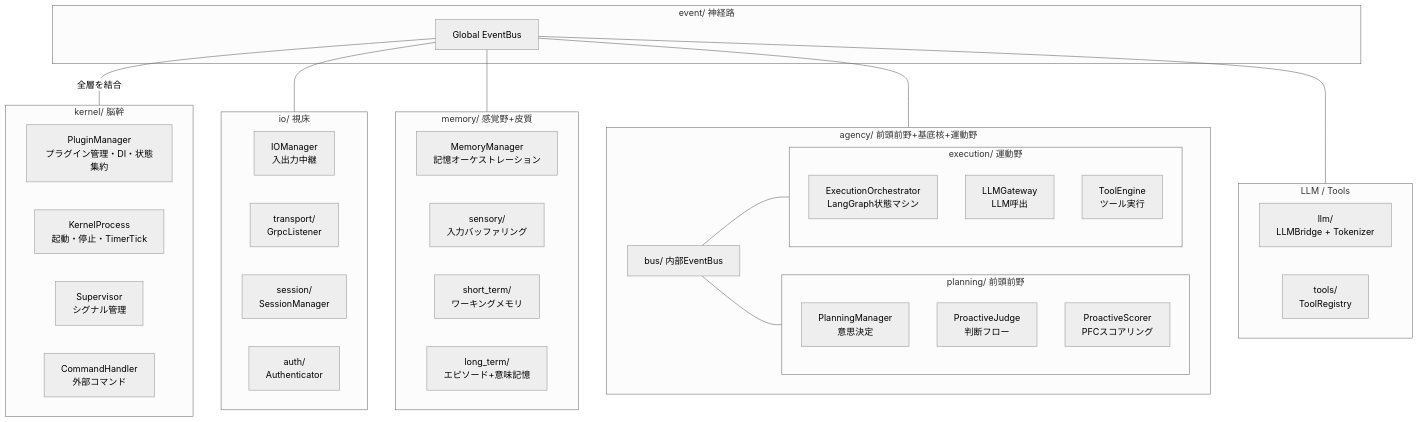
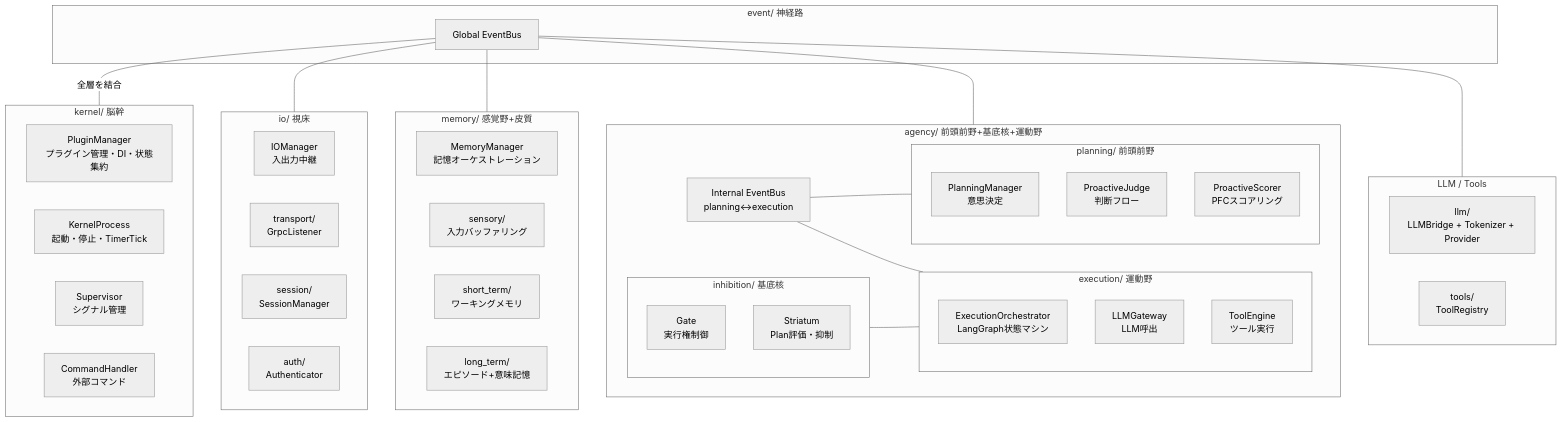
One commit to ibukani/iris-mind changed the first of 4 diagrams in docs/architecture.md. Above: the diagram before and after it, drawn with Mermaid (neutral theme). The commit also changed other lines of this file and 11 other files, not shown here.

````diff
--- a/docs/architecture.md
+++ b/docs/architecture.md
@@ -9,57 +9,63 @@
 ```mermaid
 flowchart TD
     subgraph Kernel["kernel/ 脳幹"]
         K_Plugin["PluginManager<br/>プラグイン管理・DI・状態集約"]
         K_Process["KernelProcess<br/>起動・停止・TimerTick"]
         K_Supervisor["Supervisor<br/>シグナル管理"]
         K_Command["CommandHandler<br/>外部コマンド"]
     end
 
     subgraph IO["io/ 視床"]
         IO_Manager["IOManager<br/>入出力中継"]
         IO_Trans["transport/<br/>GrpcListener"]
         IO_Session["session/<br/>SessionManager"]
         IO_Auth["auth/<br/>Authenticator"]
     end
 
     subgraph Memory["memory/ 感覚野+皮質"]
         M_Manager["MemoryManager<br/>記憶オーケストレーション"]
         M_Sensory["sensory/<br/>入力バッファリング"]
         M_STM["short_term/<br/>ワーキングメモリ"]
         M_LTM["long_term/<br/>エピソード+意味記憶"]
     end
 
     subgraph Agency["agency/ 前頭前野+基底核+運動野"]
-        A_Bus["bus/ 内部EventBus"]
+        A_Bus["Internal EventBus<br/>planning↔execution"]
 
         subgraph Planning["planning/ 前頭前野"]
             P_Manager["PlanningManager<br/>意思決定"]
             P_Judge["ProactiveJudge<br/>判断フロー"]
             P_Scoring["ProactiveScorer<br/>PFCスコアリング"]
+        end
+
+        subgraph Inhibition["inhibition/ 基底核"]
+            I_Gate["Gate<br/>実行権制御"]
+            I_Striatum["Striatum<br/>Plan評価・抑制"]
         end
 
         subgraph Execution["execution/ 運動野"]
             E_Orch["ExecutionOrchestrator<br/>LangGraph状態マシン"]
             E_LLM["LLMGateway<br/>LLM呼出"]
             E_Engine["ToolEngine<br/>ツール実行"]
         end
     end
 
     subgraph Infra["LLM / Tools"]
-        I_LLM["llm/<br/>LLMBridge + Tokenizer"]
+        I_LLM["llm/<br/>LLMBridge + Tokenizer + Provider"]
         I_TOOLS["tools/<br/>ToolRegistry"]
     end
 
     subgraph Event["event/ 神経路"]
         EB["Global EventBus"]
     end
 
     EB ---|全層を結合| Kernel
     EB --- IO
     EB --- Memory
     EB --- Agency
     EB --- Infra
 
     A_Bus --- Planning
     A_Bus --- Execution
+    Inhibition --- Execution
 ```
````
